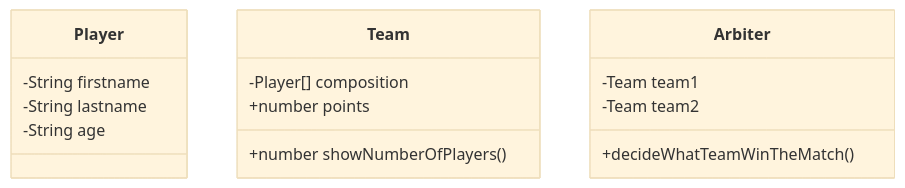
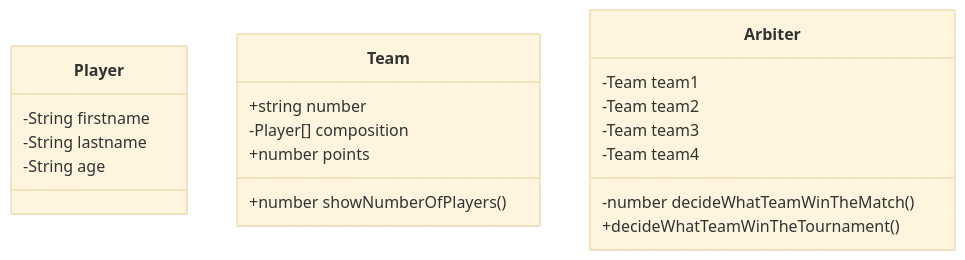
Before and after one commit to JeremyFelix720/exos_poo: the diagram in src/basket_exos/infos/class_diagram.md, drawn with Mermaid (base theme). The commit also changed 4 other files, not shown here.

````diff
--- a/src/basket_exos/infos/class_diagram.md
+++ b/src/basket_exos/infos/class_diagram.md
@@ -1,20 +1,24 @@
 ```mermaid
 classDiagram
     class Player{
         -String firstname
         -String lastname
         -String age
     }
 
     class Team{
+        +string number
         -Player[] composition
         +number points
         +number showNumberOfPlayers()
     }
 
     class Arbiter{
         -Team team1
         -Team team2
-        +decideWhatTeamWinTheMatch()
+        -Team team3
+        -Team team4
+        -number decideWhatTeamWinTheMatch()
+        +decideWhatTeamWinTheTournament()
     }
 ```
````
